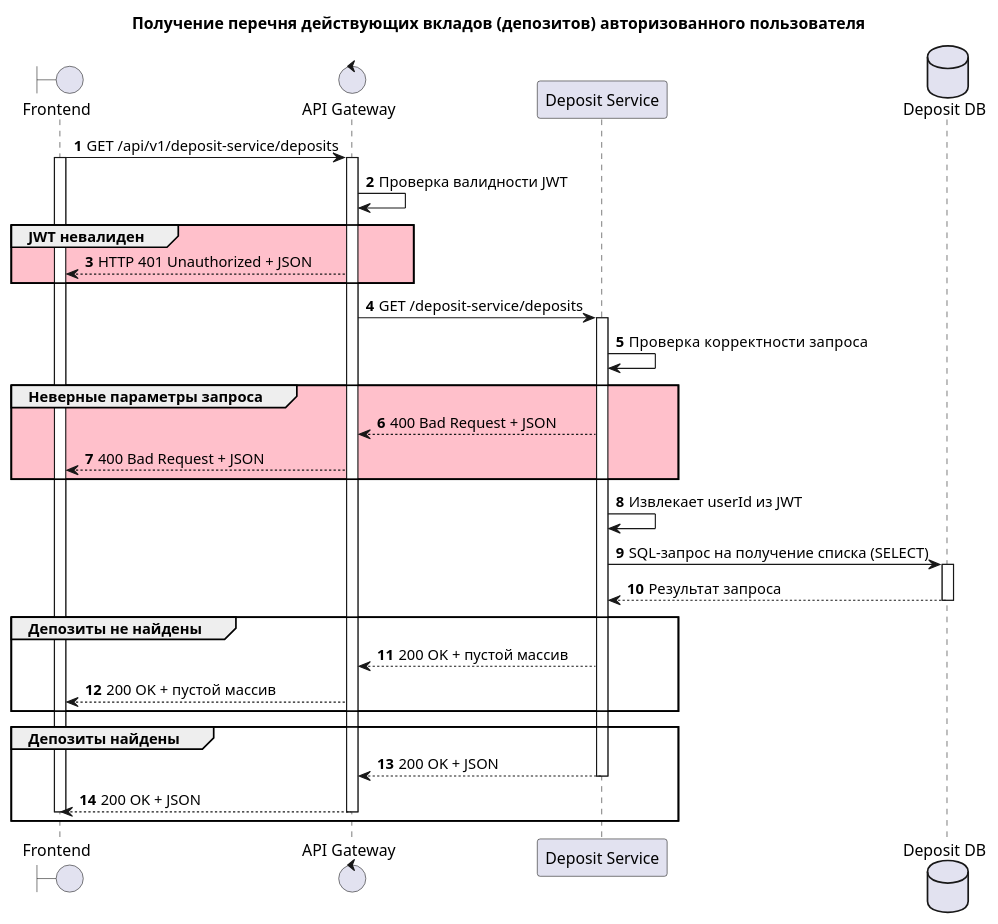
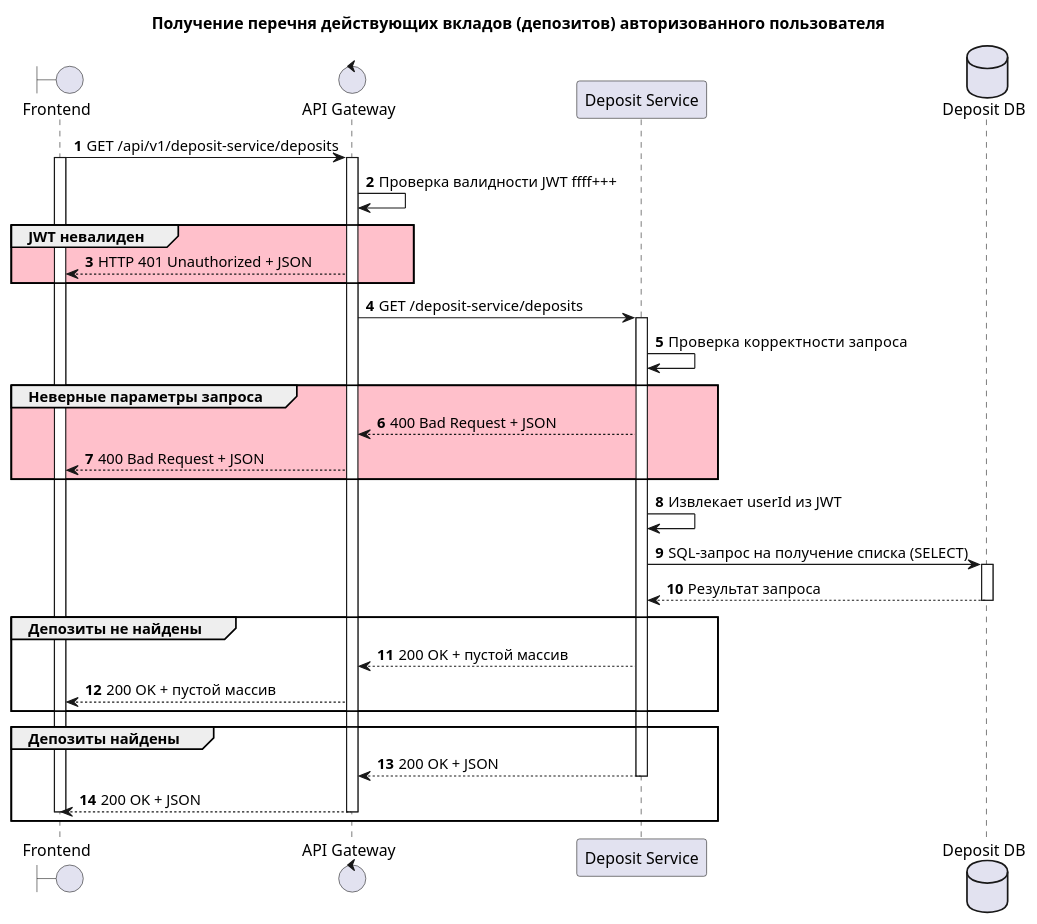
The diagram in UML.puml (bulletth20-AND/Deposit-Service), drawn with PlantUML before and after one commit.

```diff
--- a/UML.puml
+++ b/UML.puml
@@ -1,43 +1,43 @@
 @startuml
 
 title Получение перечня действующих вкладов (депозитов) авторизованного пользователя
 
 boundary "Frontend" as front
 control "API Gateway" as api
 participant "Deposit Service" as deposit
 database "Deposit DB" as db
 
 autonumber
 
 front -> api ++ : GET /api/v1/deposit-service/deposits
 activate front
-api -> api: Проверка валидности JWT
+api -> api: Проверка валидности JWT ffff+++
 
 group #pink JWT невалиден
 api --> front: HTTP 401 Unauthorized + JSON
 end
 
 api -> deposit ++ : GET /deposit-service/deposits
 deposit -> deposit : Проверка  корректности запроса
 
 group #Pink Неверные параметры запроса 
 deposit --> api:  400 Bad Request + JSON 
 api --> front:  400 Bad Request + JSON 
 end
 
 deposit -> deposit: Извлекает userId из JWT
 deposit -> db++: SQL-запрос на получение списка (SELECT) 
 db --> deposit--: Результат запроса
 
 
 group Депозиты не найдены
 deposit --> api:  200 OK + пустой массив
 api --> front:  200 OK + пустой массив
 end
 group Депозиты найдены
 deposit --> api --:  200 OK + JSON
 api --> front --:  200 OK + JSON
 deactivate front
 end
 
 @enduml
```
